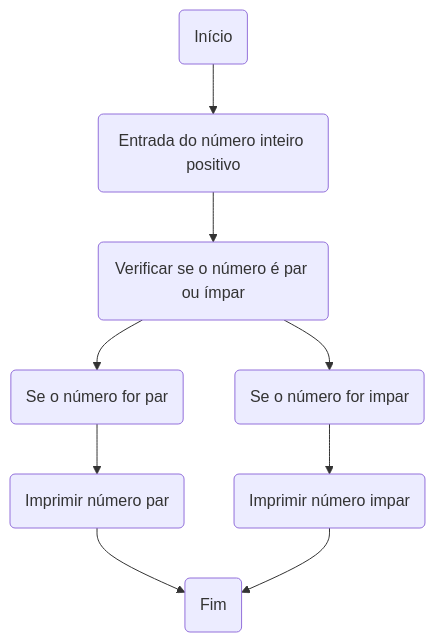
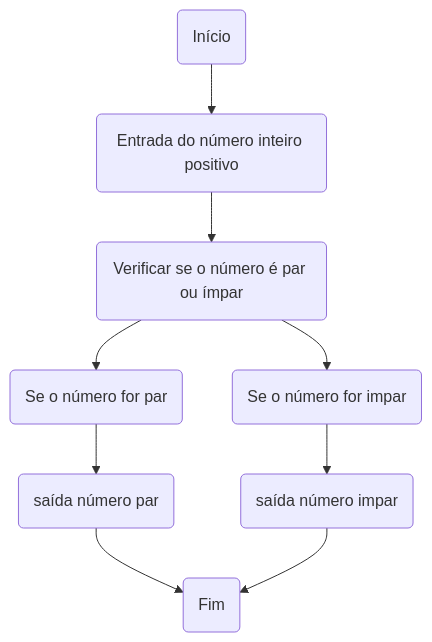
Before and after one commit to cauaaguiar/unifor-: the third of 4 diagrams in RLA/unidade 1/lista1.md, drawn with Mermaid. The commit also changed other lines of this file, not shown here.

````diff
--- a/RLA/unidade 1/lista1.md
+++ b/RLA/unidade 1/lista1.md
@@ -75,13 +75,13 @@
 ```mermaid
 flowchart TD
 
     A(Início) --> B(Entrada do número inteiro positivo);
     B --> C(Verificar se o número é par ou ímpar);
     C --> D(Se o número for par);
-    D --> E(Imprimir número par)
+    D --> E(saída número par)
     E --> F(Fim)
     C --> G(Se o número for impar)
-    G --> H(Imprimir número impar)
+    G --> H(saída número impar)
     H -->F(Fim)
 
 ```
````
